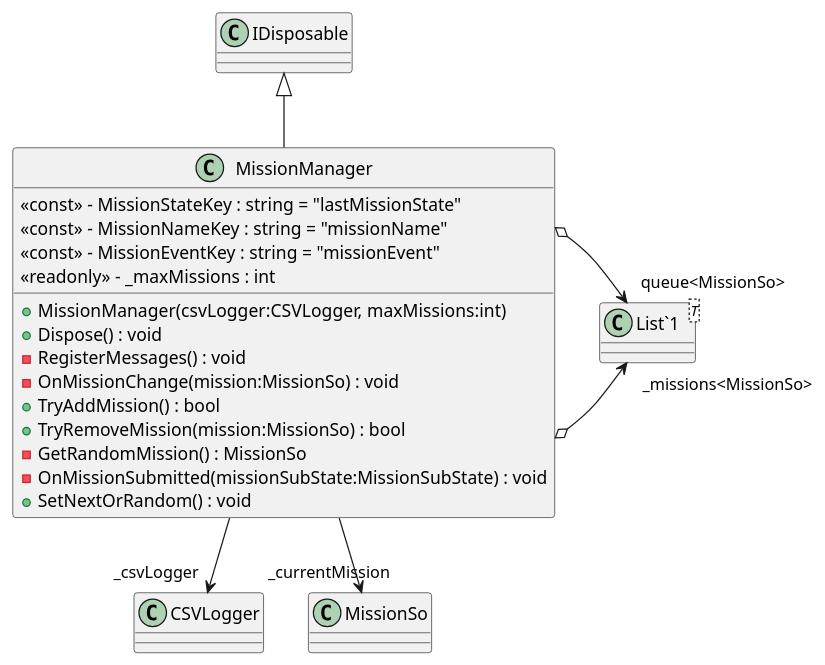
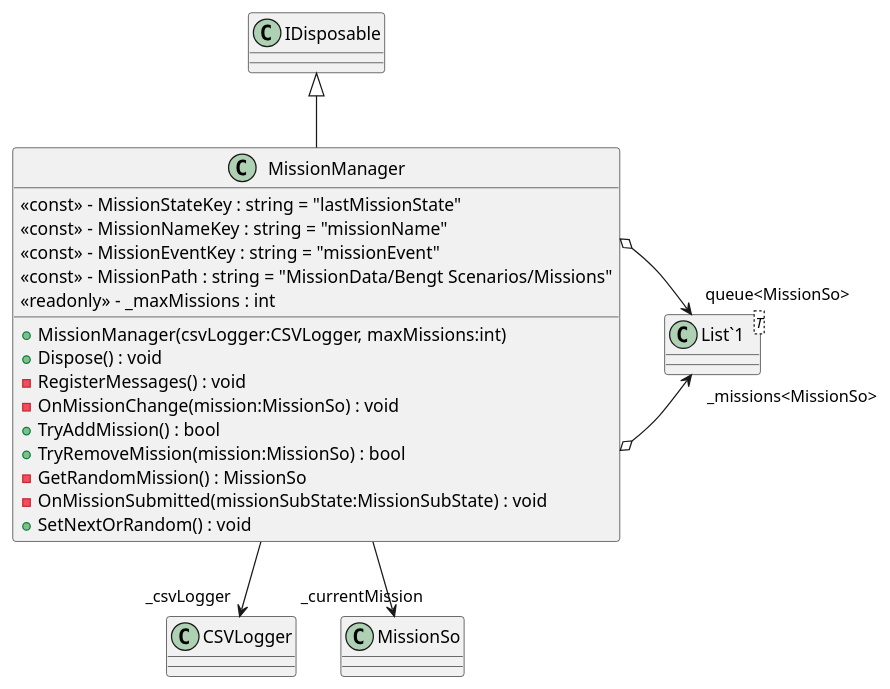
The diagram in Assets/Documentation/UML/Scripts/Gameplay/MissionManager.puml (Ubus99/AVRO-Simulation), drawn with PlantUML before and after one commit. The commit also changed 21 other files, not shown here.

```diff
--- a/Assets/Documentation/UML/Scripts/Gameplay/MissionManager.puml
+++ b/Assets/Documentation/UML/Scripts/Gameplay/MissionManager.puml
@@ -1,24 +1,25 @@
 @startuml
 class MissionManager {
     <<const>> - MissionStateKey : string = "lastMissionState"
     <<const>> - MissionNameKey : string = "missionName"
     <<const>> - MissionEventKey : string = "missionEvent"
+    <<const>> - MissionPath : string = "MissionData/Bengt Scenarios/Missions"
     <<readonly>> - _maxMissions : int
     + MissionManager(csvLogger:CSVLogger, maxMissions:int)
     + Dispose() : void
     - RegisterMessages() : void
     - OnMissionChange(mission:MissionSo) : void
     + TryAddMission() : bool
     + TryRemoveMission(mission:MissionSo) : bool
     - GetRandomMission() : MissionSo
     - OnMissionSubmitted(missionSubState:MissionSubState) : void
     + SetNextOrRandom() : void
 }
 class "List`1"<T> {
 }
 IDisposable <|-- MissionManager
 MissionManager --> "_csvLogger" CSVLogger
 MissionManager o-> "_missions<MissionSo>" "List`1"
 MissionManager --> "_currentMission" MissionSo
 MissionManager o-> "queue<MissionSo>" "List`1"
 @enduml
```
